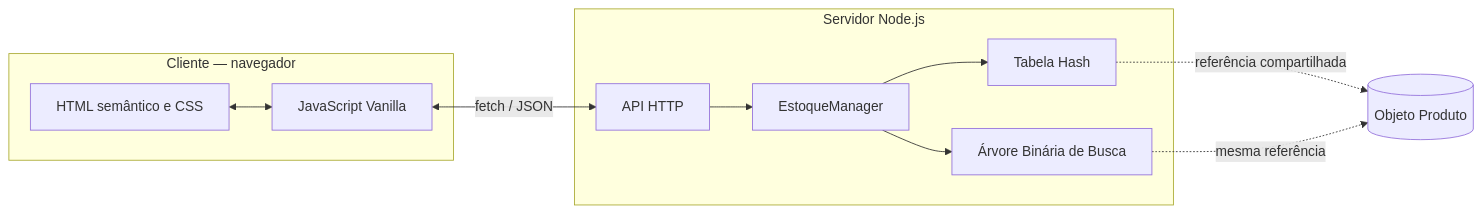
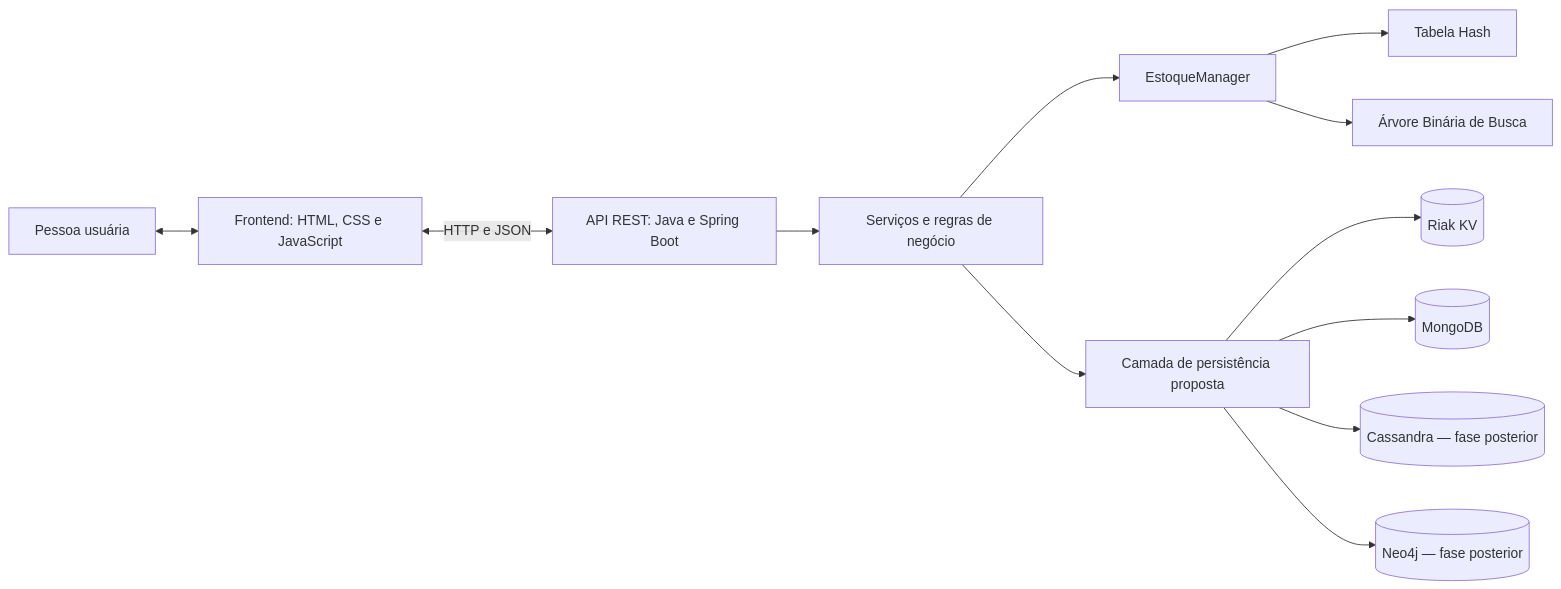
The first of 7 diagrams in docs/MODELAGEM_MERMAID.md (DEVguedes1/amazoff), drawn with Mermaid before and after one commit. The commit also changed other lines of this file and 32 other files, not shown here.

````diff
--- a/docs/MODELAGEM_MERMAID.md
+++ b/docs/MODELAGEM_MERMAID.md
@@ -115,20 +7,14 @@
 ```mermaid
 flowchart LR
-  subgraph Cliente[Cliente — navegador]
-    UI[HTML semântico e CSS]
-    JS[JavaScript Vanilla]
-    UI <--> JS
-  end
-  subgraph Servidor[Servidor Node.js]
-    HTTP[API HTTP]
-    EM[EstoqueManager]
-    Hash[Tabela Hash]
-    ABB[Árvore Binária de Busca]
-    HTTP --> EM
-    EM --> Hash
-    EM --> ABB
-  end
-  JS <-->|fetch / JSON| HTTP
-  Hash -. referência compartilhada .-> Produto[(Objeto Produto)]
-  ABB -. mesma referência .-> Produto
+  U[Pessoa usuária] <--> FE[Frontend: HTML, CSS e JavaScript]
+  FE <-->|HTTP e JSON| API[API REST: Java e Spring Boot]
+  API --> SV[Serviços e regras de negócio]
+  SV --> EM[EstoqueManager]
+  EM --> H[Tabela Hash]
+  EM --> ABB[Árvore Binária de Busca]
+  SV --> REP[Camada de persistência proposta]
+  REP --> R[(Riak KV)]
+  REP --> M[(MongoDB)]
+  REP --> C[(Cassandra — fase posterior)]
+  REP --> N[(Neo4j — fase posterior)]
 ```
````
